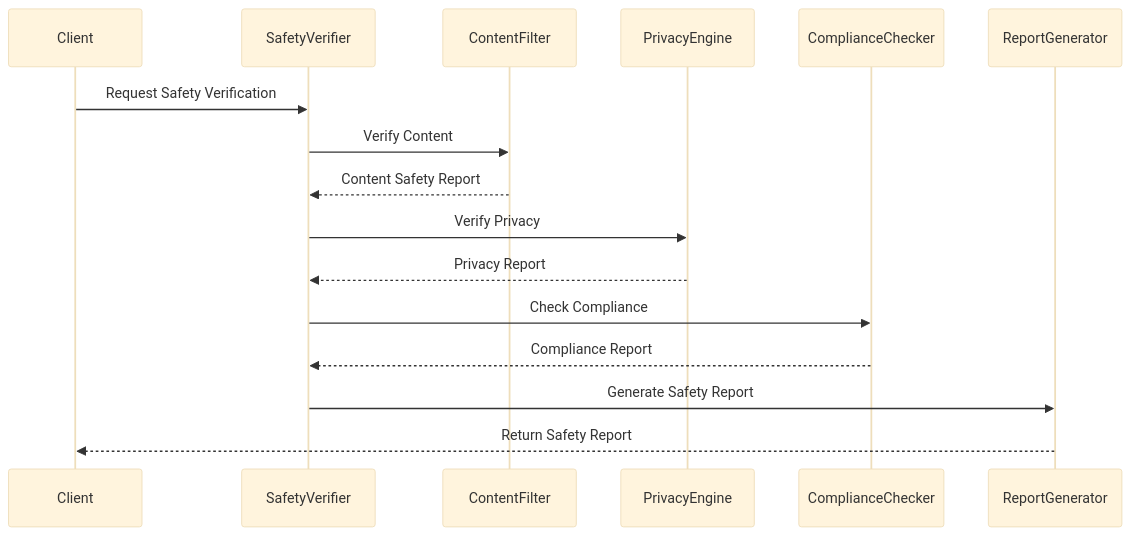
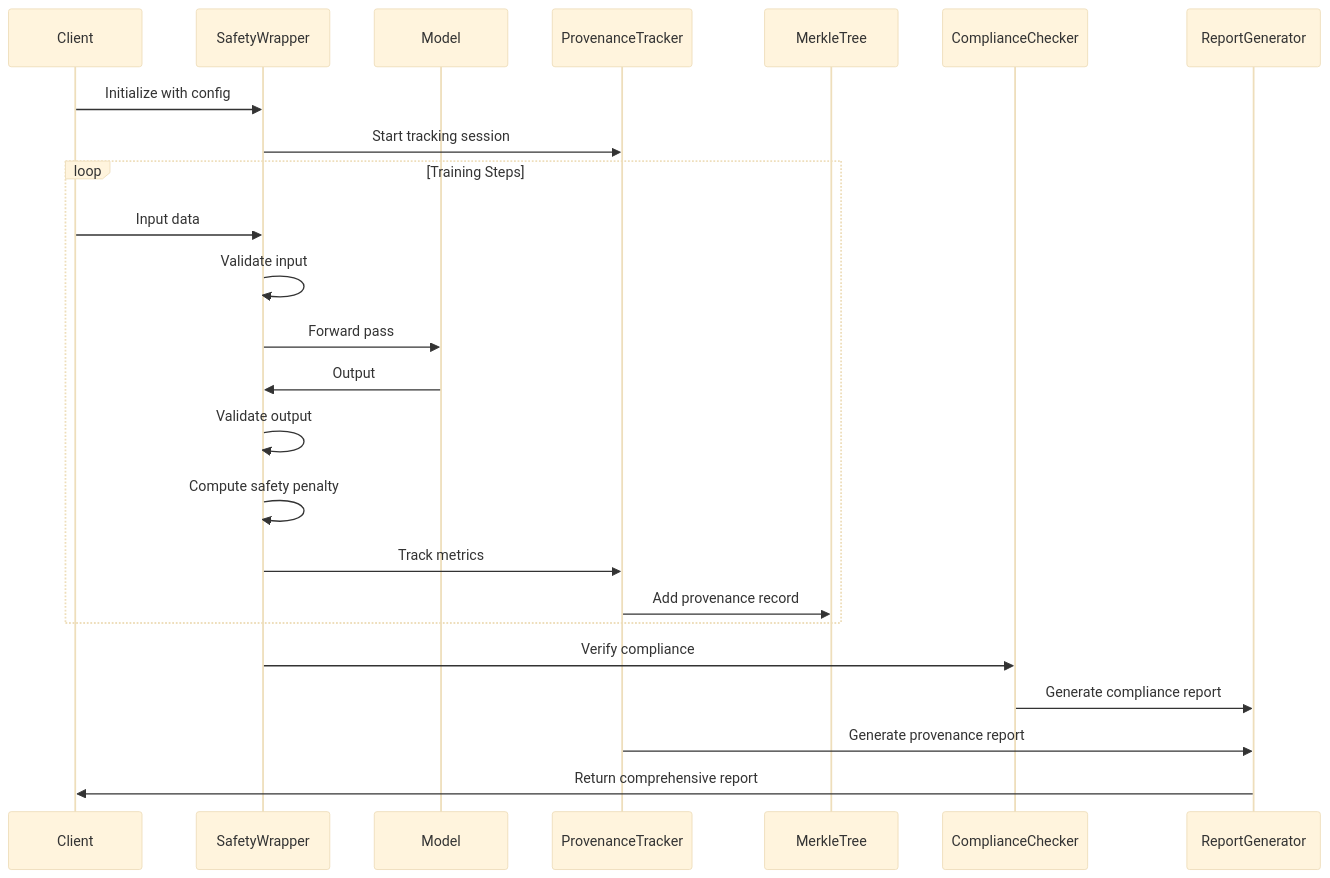
One commit to gitmujoshi/mlprovenance changed the first of 2 diagrams in ARCHITECTURE.md. Above: the diagram before and after it, drawn with Mermaid (base theme). The commit also changed other lines of this file, not shown here.

Commit message:
docs: completely rewrite architecture document for advanced AI/ML teams

````diff
--- a/ARCHITECTURE.md
+++ b/ARCHITECTURE.md
@@ -88,22 +358,29 @@
 ```mermaid
 sequenceDiagram
     participant Client
-    participant SafetyVerifier
-    participant ContentFilter
-    participant PrivacyEngine
+    participant SafetyWrapper
+    participant Model
+    participant ProvenanceTracker
+    participant MerkleTree
     participant ComplianceChecker
     participant ReportGenerator
 
-    Client->>SafetyVerifier: Request Safety Verification
-    SafetyVerifier->>ContentFilter: Verify Content
-    ContentFilter-->>SafetyVerifier: Content Safety Report
+    Client->>SafetyWrapper: Initialize with config
+    SafetyWrapper->>ProvenanceTracker: Start tracking session
     
-    SafetyVerifier->>PrivacyEngine: Verify Privacy
-    PrivacyEngine-->>SafetyVerifier: Privacy Report
+    loop Training Steps
+        Client->>SafetyWrapper: Input data
+        SafetyWrapper->>SafetyWrapper: Validate input
+        SafetyWrapper->>Model: Forward pass
+        Model->>SafetyWrapper: Output
+        SafetyWrapper->>SafetyWrapper: Validate output
+        SafetyWrapper->>SafetyWrapper: Compute safety penalty
+        SafetyWrapper->>ProvenanceTracker: Track metrics
+        ProvenanceTracker->>MerkleTree: Add provenance record
+    end
     
-    SafetyVerifier->>ComplianceChecker: Check Compliance
-    ComplianceChecker-->>SafetyVerifier: Compliance Report
-    
-    SafetyVerifier->>ReportGenerator: Generate Safety Report
-    ReportGenerator-->>Client: Return Safety Report
+    SafetyWrapper->>ComplianceChecker: Verify compliance
+    ComplianceChecker->>ReportGenerator: Generate compliance report
+    ProvenanceTracker->>ReportGenerator: Generate provenance report
+    ReportGenerator->>Client: Return comprehensive report
 ```
````
